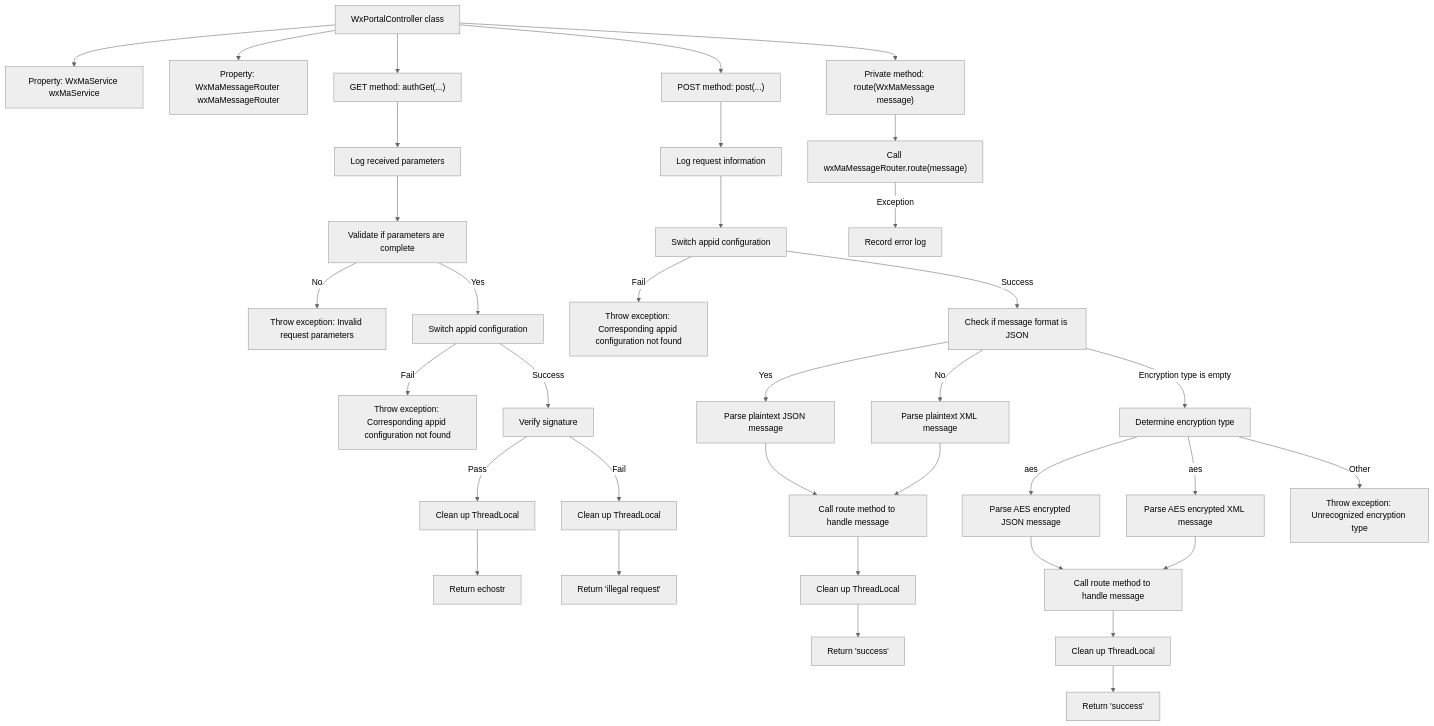
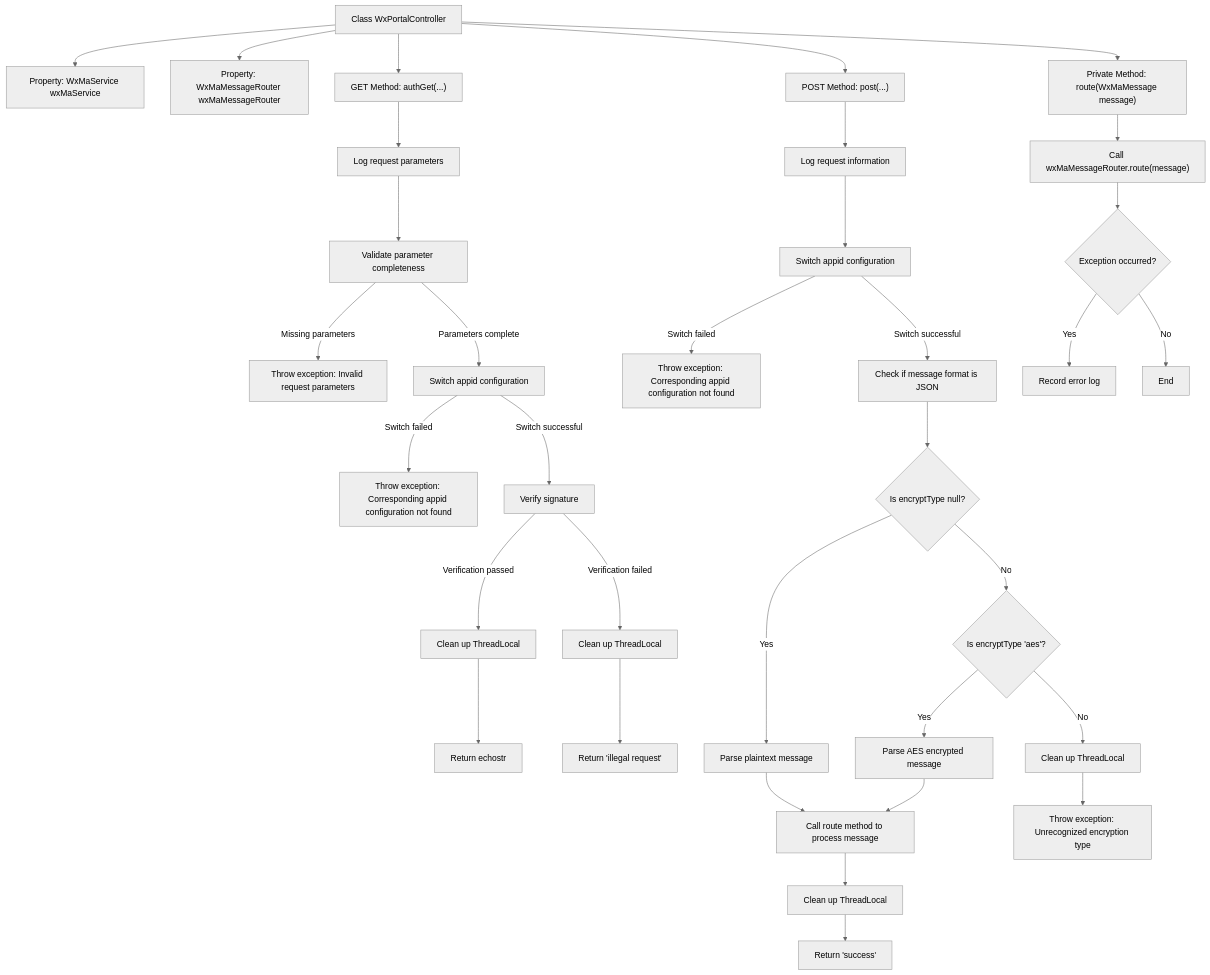
Before and after one commit to v-wjrong/binary_weixin-java-miniapp-demo: the second of 2 diagrams in docs/en/docs/src/main/java/com/github/binarywang/demo/wx/miniapp/controller/WxPortalController.md, drawn with Mermaid (neutral theme). The commit also changed other lines of this file and 47 other files, not shown here.

````diff
--- a/docs/en/docs/src/main/java/com/github/binarywang/demo/wx/miniapp/controller/WxPortalController.md
+++ b/docs/en/docs/src/main/java/com/github/binarywang/demo/wx/miniapp/controller/WxPortalController.md
@@ -143,49 +94,46 @@
 ```mermaid
 graph TD
-    A["WxPortalController class"]
+    A["Class WxPortalController"]
     B["Property: WxMaService wxMaService"]
     C["Property: WxMaMessageRouter wxMaMessageRouter"]
-    D["GET method: authGet(...)"]
-    E["POST method: post(...)"]
-    F["Private method: route(WxMaMessage message)"]
+    D["GET Method: authGet(...)"]
+    E["POST Method: post(...)"]
+    F["Private Method: route(WxMaMessage message)"]
 
     A --> B
     A --> C
     A --> D
     A --> E
     A --> F
 
-    D --> G["Log received parameters"]
-    G --> H["Validate if parameters are complete"]
-    H --"No"--> I["Throw exception: Invalid request parameters"]
-    H --"Yes"--> J["Switch appid configuration"]
-    J --"Fail"--> K["Throw exception: Corresponding appid configuration not found"]
-    J --"Success"--> L["Verify signature"]
-    L --"Pass"--> M["Clean up ThreadLocal"]
-    M --> N["Return echostr"]
-    L --"Fail"--> O["Clean up ThreadLocal"]
-    O --> P["Return 'illegal request'"]
+    D --> D1["Log request parameters"]
+    D1 --> D2["Validate parameter completeness"]
+    D2 --"Missing parameters"--> D3["Throw exception: Invalid request parameters"]
+    D2 --"Parameters complete"--> D4["Switch appid configuration"]
+    D4 --"Switch failed"--> D5["Throw exception: Corresponding appid configuration not found"]
+    D4 --"Switch successful"--> D6["Verify signature"]
+    D6 --"Verification passed"--> D7["Clean up ThreadLocal"]
+    D7 --> D8["Return echostr"]
+    D6 --"Verification failed"--> D9["Clean up ThreadLocal"]
+    D9 --> D10["Return 'illegal request'"]
 
-    E --> Q["Log request information"]
-    Q --> R["Switch appid configuration"]
-    R --"Fail"--> S["Throw exception: Corresponding appid configuration not found"]
-    R --"Success"--> T["Check if message format is JSON"]
-    T --"Yes"--> U["Parse plaintext JSON message"]
-    T --"No"--> V["Parse plaintext XML message"]
-    U --> W["Call route method to handle message"]
-    V --> W
-    W --> X["Clean up ThreadLocal"]
-    X --> Y["Return 'success'"]
+    E --> E1["Log request information"]
+    E1 --> E2["Switch appid configuration"]
+    E2 --"Switch failed"--> E3["Throw exception: Corresponding appid configuration not found"]
+    E2 --"Switch successful"--> E4["Check if message format is JSON"]
+    E4 --> E5{"Is encryptType null?"}
+    E5 --"Yes"--> E6["Parse plaintext message"]
+    E6 --> E7["Call route method to process message"]
+    E7 --> E8["Clean up ThreadLocal"]
+    E8 --> E9["Return 'success'"]
+    E5 --"No"--> E10{"Is encryptType 'aes'?"}
+    E10 --"Yes"--> E11["Parse AES encrypted message"]
+    E11 --> E7
+    E10 --"No"--> E12["Clean up ThreadLocal"]
+    E12 --> E13["Throw exception: Unrecognized encryption type"]
 
-    T --"Encryption type is empty"--> Z["Determine encryption type"]
-    Z --"aes"--> AA["Parse AES encrypted JSON message"]
-    Z --"aes"--> AB["Parse AES encrypted XML message"]
-    AA --> AC["Call route method to handle message"]
-    AB --> AC
-    AC --> AD["Clean up ThreadLocal"]
-    AD --> AE["Return 'success'"]
-    Z --"Other"--> AF["Throw exception: Unrecognized encryption type"]
-
-    F --> AG["Call wxMaMessageRouter.route(message)"]
-    AG --"Exception"--> AH["Record error log"]
+    F --> F1["Call wxMaMessageRouter.route(message)"]
+    F1 --> F2{"Exception occurred?"}
+    F2 --"Yes"--> F3["Record error log"]
+    F2 --"No"--> F4["End"]
 ```
````
